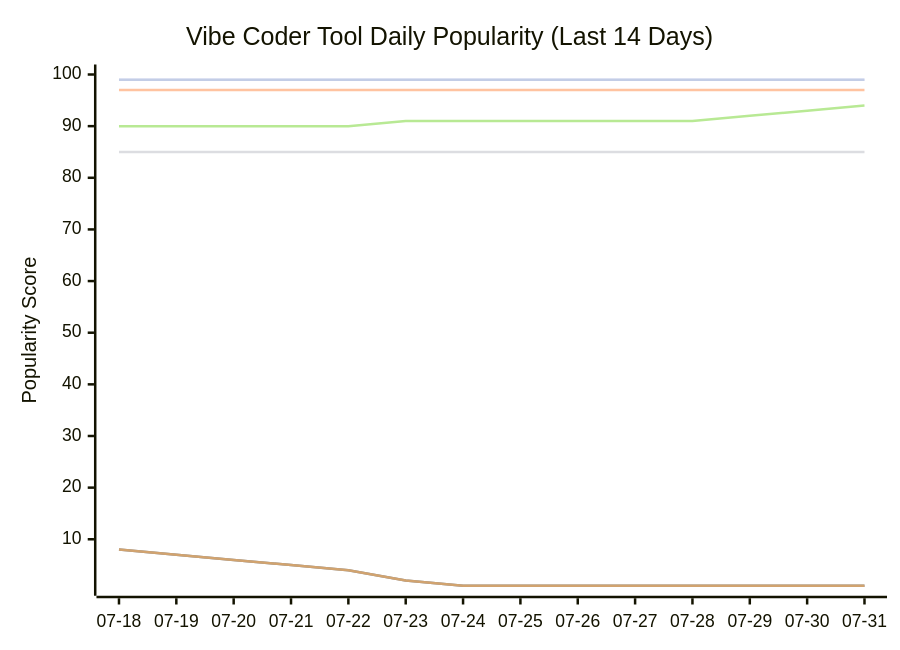
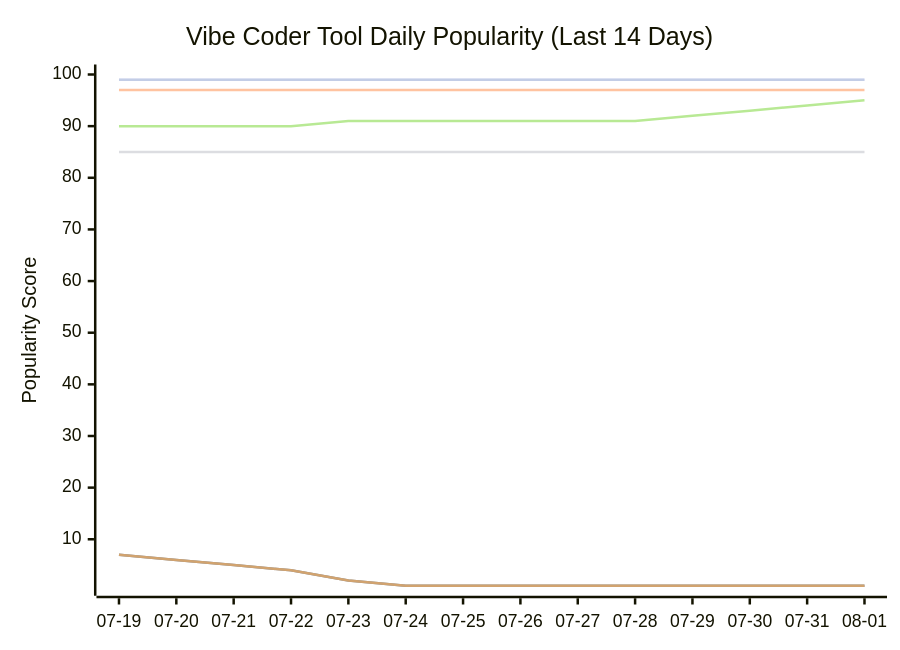
One commit to tykimos/ai-whatchelin changed the seventh of 11 diagrams in README.md. Above: the diagram before and after it, drawn with Mermaid. The commit also changed other lines of this file and 4 other files, not shown here.

````diff
--- a/README.md
+++ b/README.md
@@ -2125,13 +2130,13 @@
 ```mermaid
 xychart-beta
     title "Vibe Coder Tool Daily Popularity (Last 14 Days)"
-    x-axis ["07-18", "07-19", "07-20", "07-21", "07-22", "07-23", "07-24", "07-25", "07-26", "07-27", "07-28", "07-29", "07-30", "07-31"]
+    x-axis ["07-19", "07-20", "07-21", "07-22", "07-23", "07-24", "07-25", "07-26", "07-27", "07-28", "07-29", "07-30", "07-31", "08-01"]
     y-axis "Popularity Score" 1 --> 100
     line "Claude Code" [99, 99, 99, 99, 99, 99, 99, 99, 99, 99, 99, 99, 99, 99]
-    line "GH Copilot" [8, 7, 6, 5, 4, 2, 1, 1, 1, 1, 1, 1, 1, 1]
+    line "GH Copilot" [7, 6, 5, 4, 2, 1, 1, 1, 1, 1, 1, 1, 1, 1]
     line "Cursor" [97, 97, 97, 97, 97, 97, 97, 97, 97, 97, 97, 97, 97, 97]
     line "Windsurf" [85, 85, 85, 85, 85, 85, 85, 85, 85, 85, 85, 85, 85, 85]
-    line "Codex CLI" [90, 90, 90, 90, 90, 91, 91, 91, 91, 91, 91, 92, 93, 94]
-    line "Gemini CLI" [8, 7, 6, 5, 4, 2, 1, 1, 1, 1, 1, 1, 1, 1]
+    line "Codex CLI" [90, 90, 90, 90, 91, 91, 91, 91, 91, 91, 92, 93, 94, 95]
+    line "Gemini CLI" [7, 6, 5, 4, 2, 1, 1, 1, 1, 1, 1, 1, 1, 1]
     line "Antigravity" [99, 99, 99, 99, 99, 99, 99, 99, 99, 99, 99, 99, 99, 99]
 ```
````
